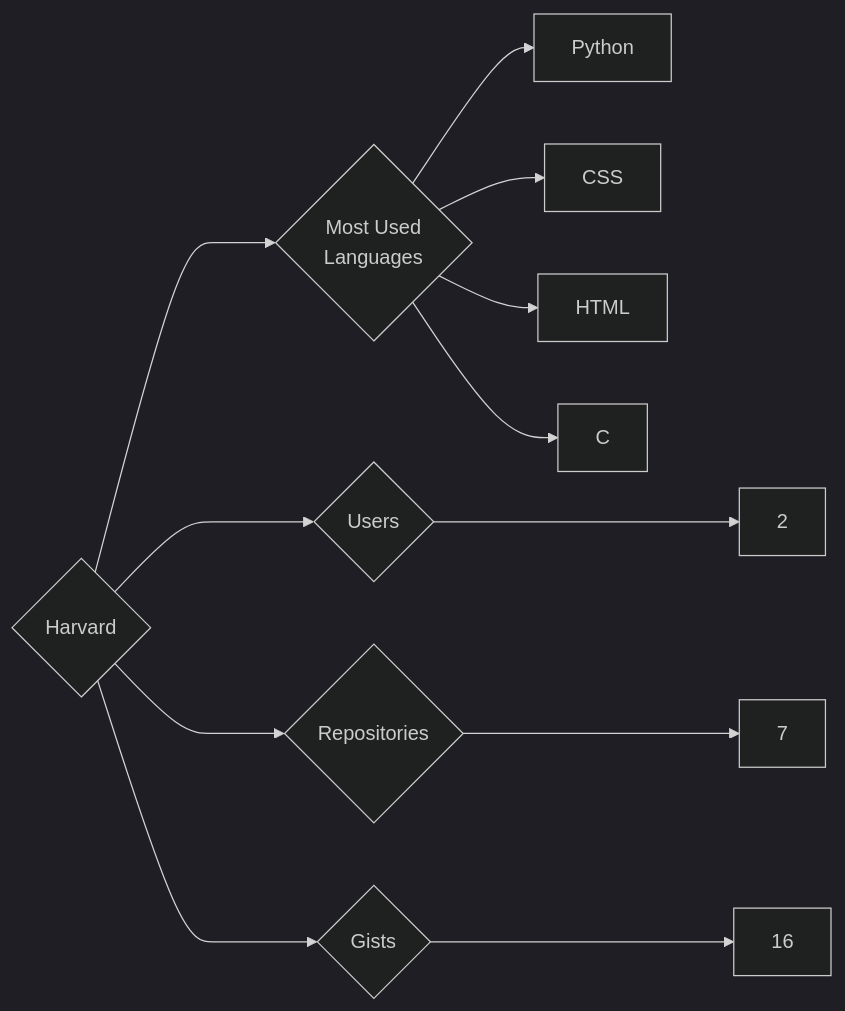
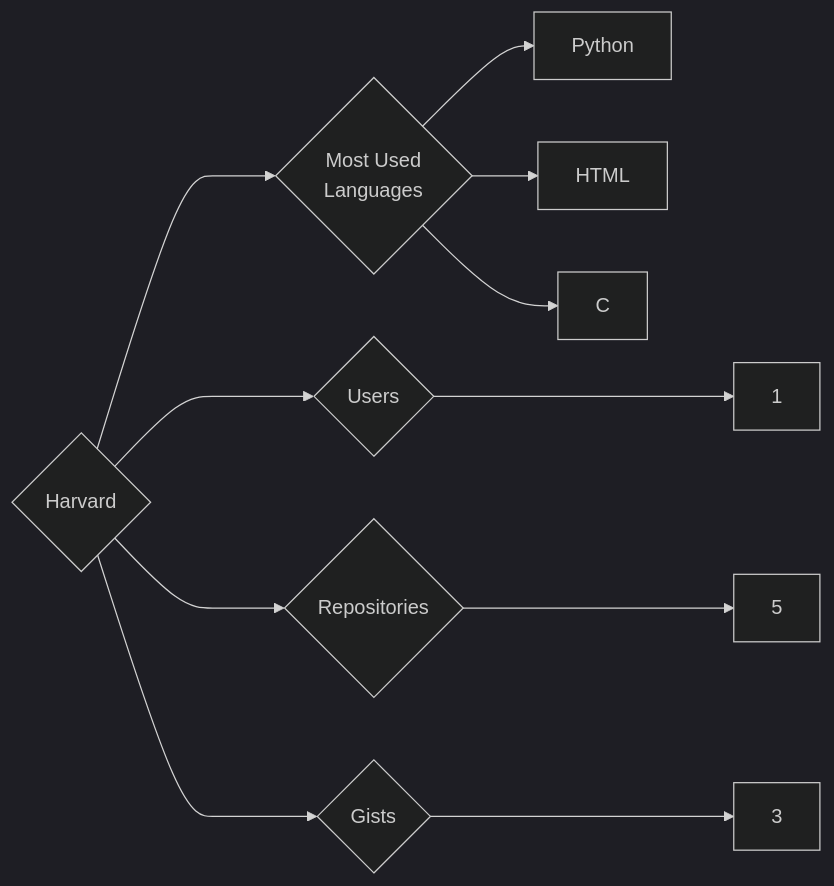
One commit to trickest/insiders changed the diagram in targets/Harvard/README.md. Above: the diagram before and after it, drawn with Mermaid (dark theme). The commit also changed 720 other files, not shown here.

````diff
--- a/targets/Harvard/README.md
+++ b/targets/Harvard/README.md
@@ -3,12 +3,11 @@
 ```mermaid
 graph LR
 COMPANY_NAME{Harvard}
-COMPANY_NAME ---> U{Users} ---> UN[2]
-COMPANY_NAME ---> R{Repositories} ---> RN[7]
-COMPANY_NAME ---> G{Gists} ---> GN[16]
+COMPANY_NAME ---> U{Users} ---> UN[1]
+COMPANY_NAME ---> R{Repositories} ---> RN[5]
+COMPANY_NAME ---> G{Gists} ---> GN[3]
 COMPANY_NAME ---> ML{Most Used<br>Languages}
 ML --> Python[Python]
-ML --> CSS[CSS]
 ML --> HTML[HTML]
 ML --> C[C]
 ```
````
